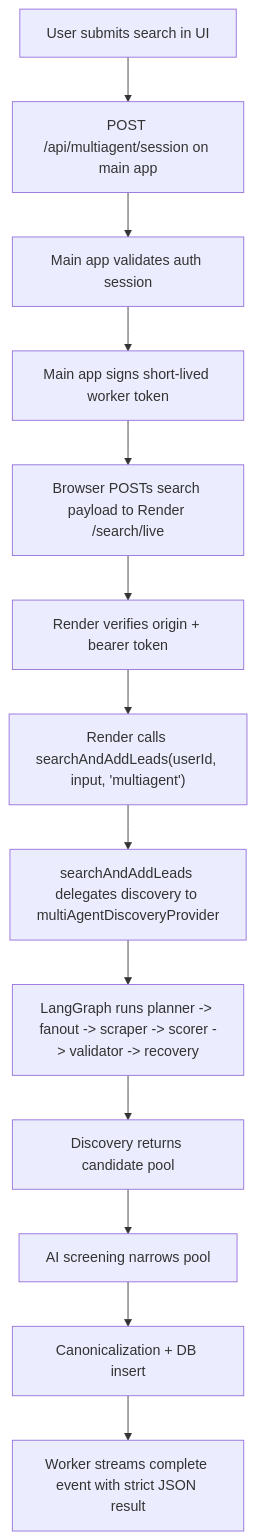
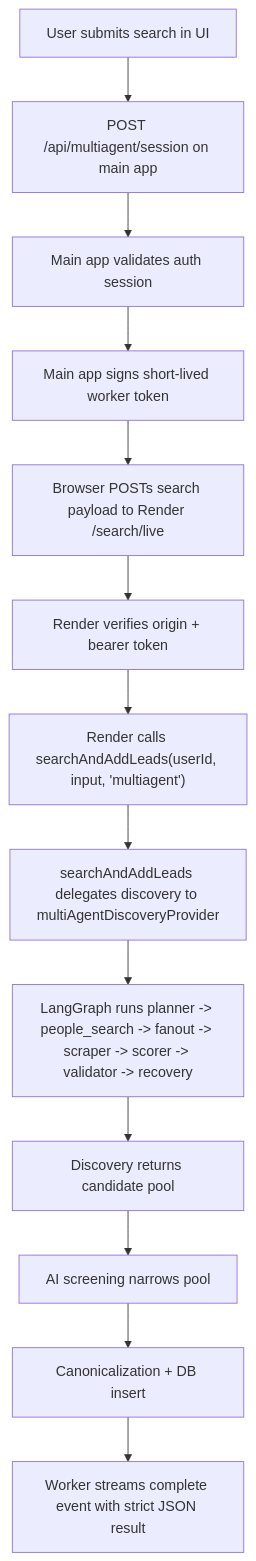
The diagram in MULTIAGENT_SYSTEM.md (LeventySeven/skaledotai), drawn with Mermaid before and after one commit. The commit also changed other lines of this file, not shown here.

````diff
--- a/MULTIAGENT_SYSTEM.md
+++ b/MULTIAGENT_SYSTEM.md
@@ -63,15 +73,15 @@
 ```mermaid
 flowchart TD
     A["User submits search in UI"] --> B["POST /api/multiagent/session on main app"]
     B --> C["Main app validates auth session"]
     C --> D["Main app signs short-lived worker token"]
     D --> E["Browser POSTs search payload to Render /search/live"]
     E --> F["Render verifies origin + bearer token"]
     F --> G["Render calls searchAndAddLeads(userId, input, 'multiagent')"]
     G --> H["searchAndAddLeads delegates discovery to multiAgentDiscoveryProvider"]
-    H --> I["LangGraph runs planner -> fanout -> scraper -> scorer -> validator -> recovery"]
+    H --> I["LangGraph runs planner -> people_search -> fanout -> scraper -> scorer -> validator -> recovery"]
     I --> J["Discovery returns candidate pool"]
     J --> K["AI screening narrows pool"]
     K --> L["Canonicalization + DB insert"]
     L --> M["Worker streams complete event with strict JSON result"]
 ```
````
